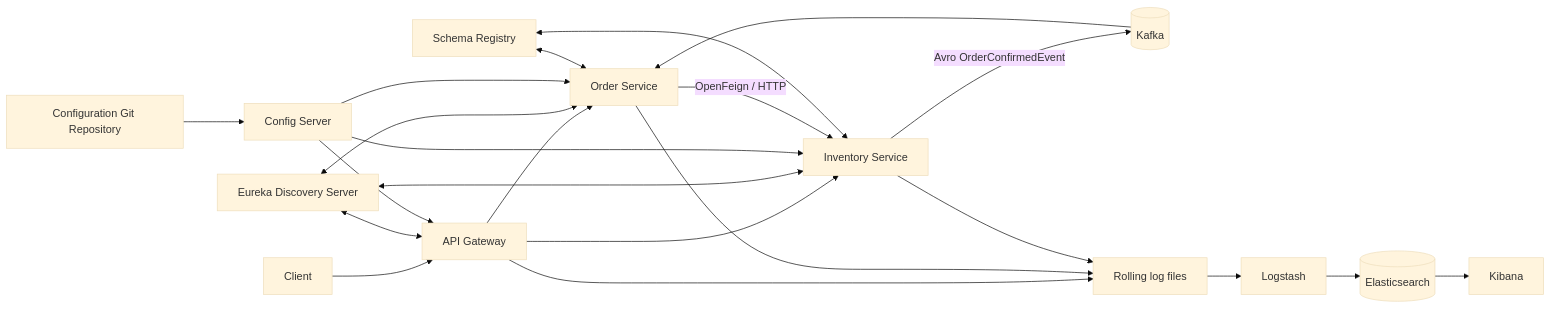
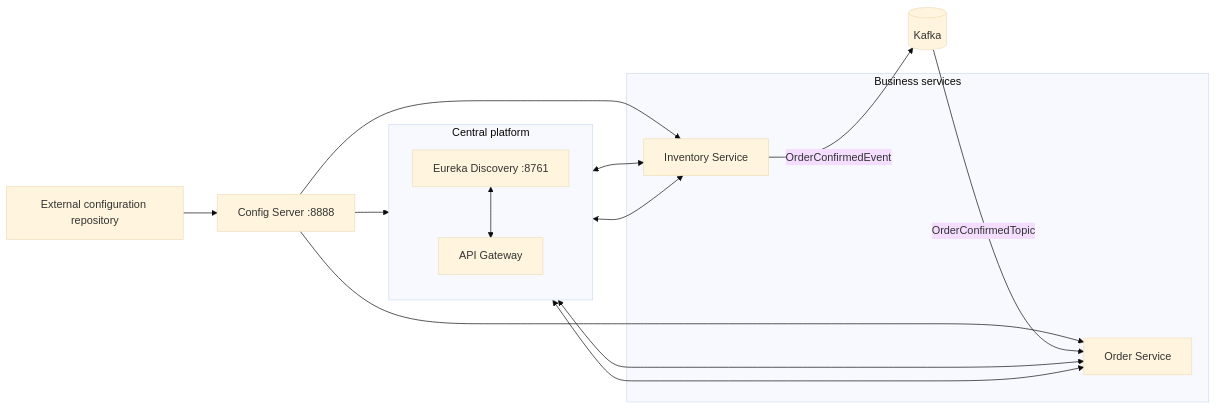
The first of 3 diagrams in README.md (shubhgaur37/eCommerce), drawn with Mermaid (base theme) before and after one commit. The commit also changed other lines of this file, not shown here.

````diff
--- a/README.md
+++ b/README.md
@@ -34,28 +27,29 @@
 ```mermaid
 flowchart LR
-    client[Client] --> gateway[API Gateway]
-    gateway --> order[Order Service]
-    gateway --> inventory[Inventory Service]
+    configRepo["External configuration repository"] --> configServer["Config Server :8888"]
 
-    discovery[Eureka Discovery Server] <--> gateway
+    subgraph platform["Central platform"]
+        direction TB
+        gateway["API Gateway"]
+        discovery["Eureka Discovery :8761"]
+    end
+
+    subgraph applications["Business services"]
+        order["Order Service"]
+        inventory["Inventory Service"]
+    end
+
+    configServer --> gateway
+    configServer --> order
+    configServer --> inventory
+
+    gateway <--> order
+    gateway <--> inventory
+    discovery <--> gateway
     discovery <--> order
     discovery <--> inventory
 
-    configRepo[Configuration Git Repository] --> config[Config Server]
-    config --> gateway
-    config --> order
-    config --> inventory
-
-    order -->|OpenFeign / HTTP| inventory
-    inventory -->|Avro OrderConfirmedEvent| kafka[(Kafka)]
-    kafka --> order
-    schema[Schema Registry] <--> inventory
-    schema <--> order
-
-    gateway --> logFiles[Rolling log files]
-    order --> logFiles
-    inventory --> logFiles
-    logFiles --> logstash[Logstash]
-    logstash --> elasticsearch[(Elasticsearch)]
-    elasticsearch --> kibana[Kibana]
+    kafka[(Kafka)]
+    inventory -->|OrderConfirmedEvent| kafka
+    kafka -->|OrderConfirmedTopic| order
 ```
````
